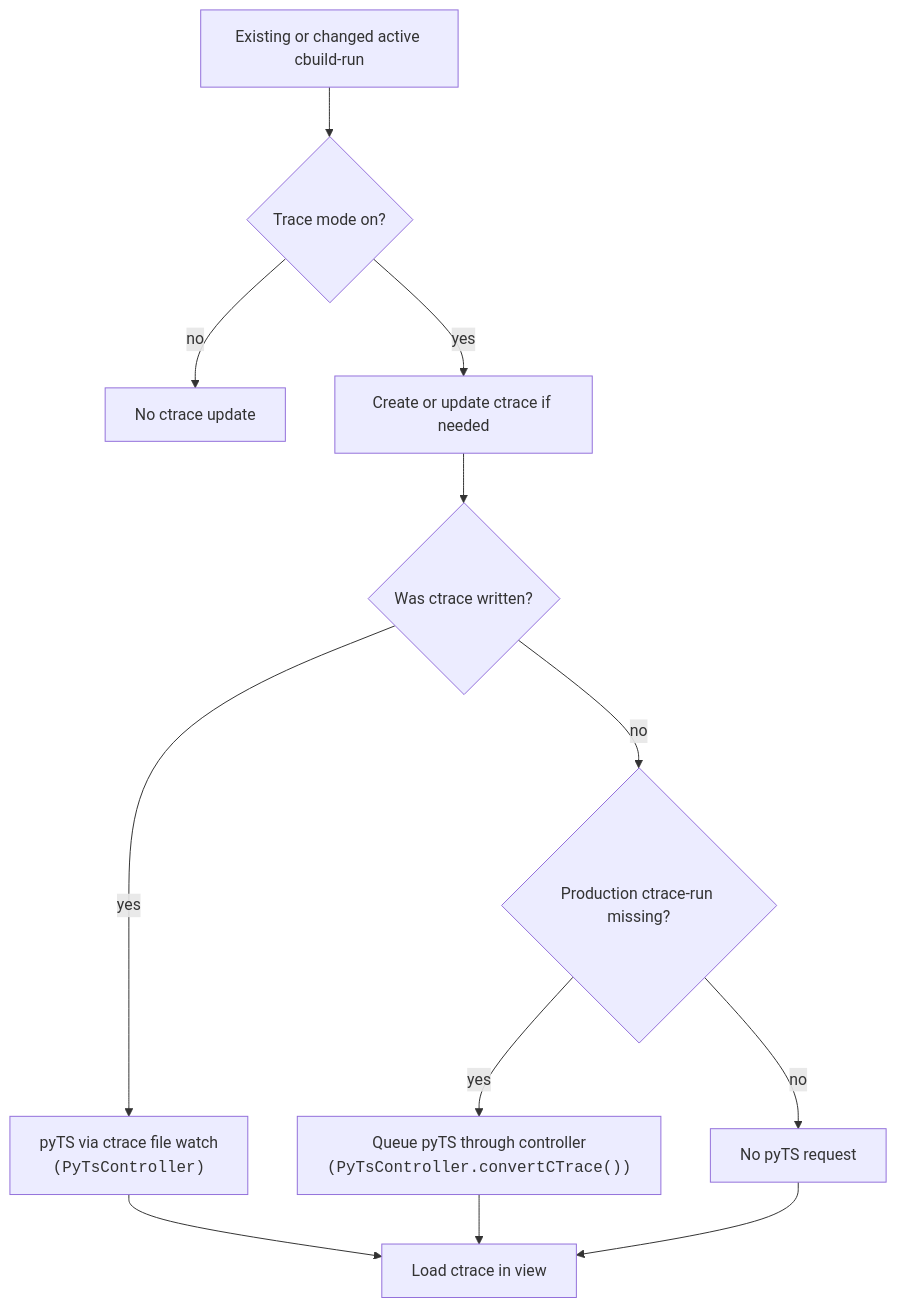
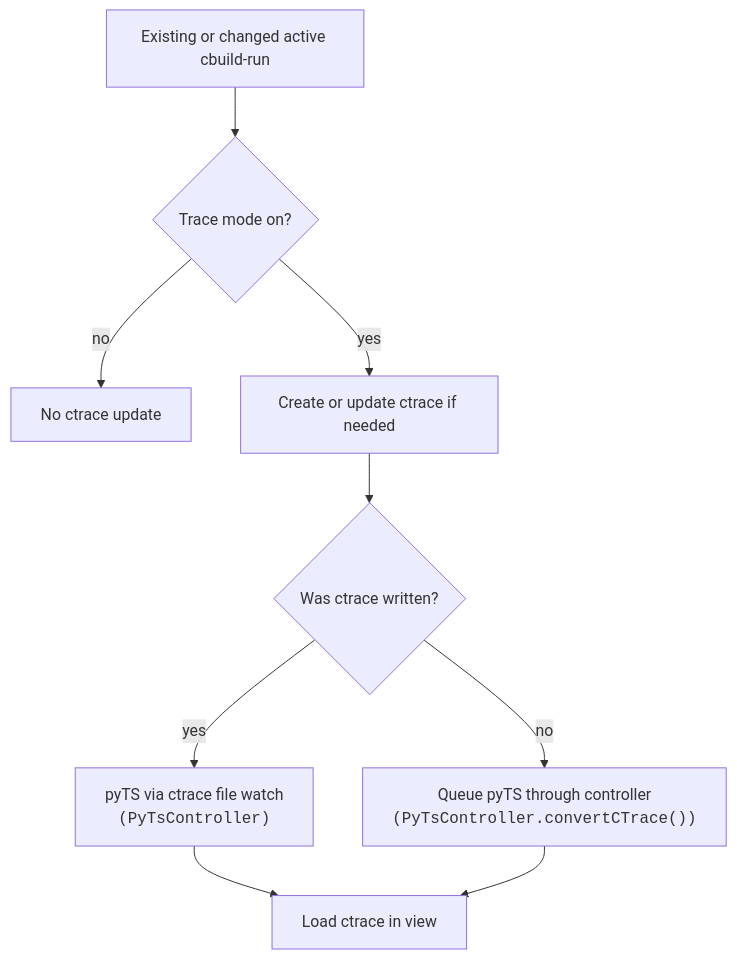
One commit to Open-CMSIS-Pack/vscode-cmsis-debugger changed the second of 4 diagrams in docs/trace-configuration/update-triggers.md. Above: the diagram before and after it, drawn with Mermaid. The commit also changed other lines of this file and 2 other files, not shown here.

Commit message:
Run pyTS on every change of cbuild-run file (#1203)

````diff
--- a/docs/trace-configuration/update-triggers.md
+++ b/docs/trace-configuration/update-triggers.md
@@ -52,14 +52,11 @@
 ```mermaid
 flowchart TD
     Event["Existing or changed active cbuild-run"] --> Mode{"Trace mode on?"}
     Mode -->|no| Off["No ctrace update"]
     Mode -->|yes| Update["Create or update ctrace if needed"]
     Update --> Written{"Was ctrace written?"}
     Written -->|yes| File["pyTS via ctrace file watch<br/><code>(PyTsController)</code>"]
-    Written -->|no| Missing{"Production ctrace-run missing?"}
-    Missing -->|yes| Direct["Queue pyTS through controller<br/><code>(PyTsController.convertCTrace())</code>"]
-    Missing -->|no| Skip["No pyTS request"]
+    Written -->|no| Direct["Queue pyTS through controller<br/><code>(PyTsController.convertCTrace())</code>"]
     File --> Load["Load ctrace in view"]
     Direct --> Load
-    Skip --> Load
 ```
````
